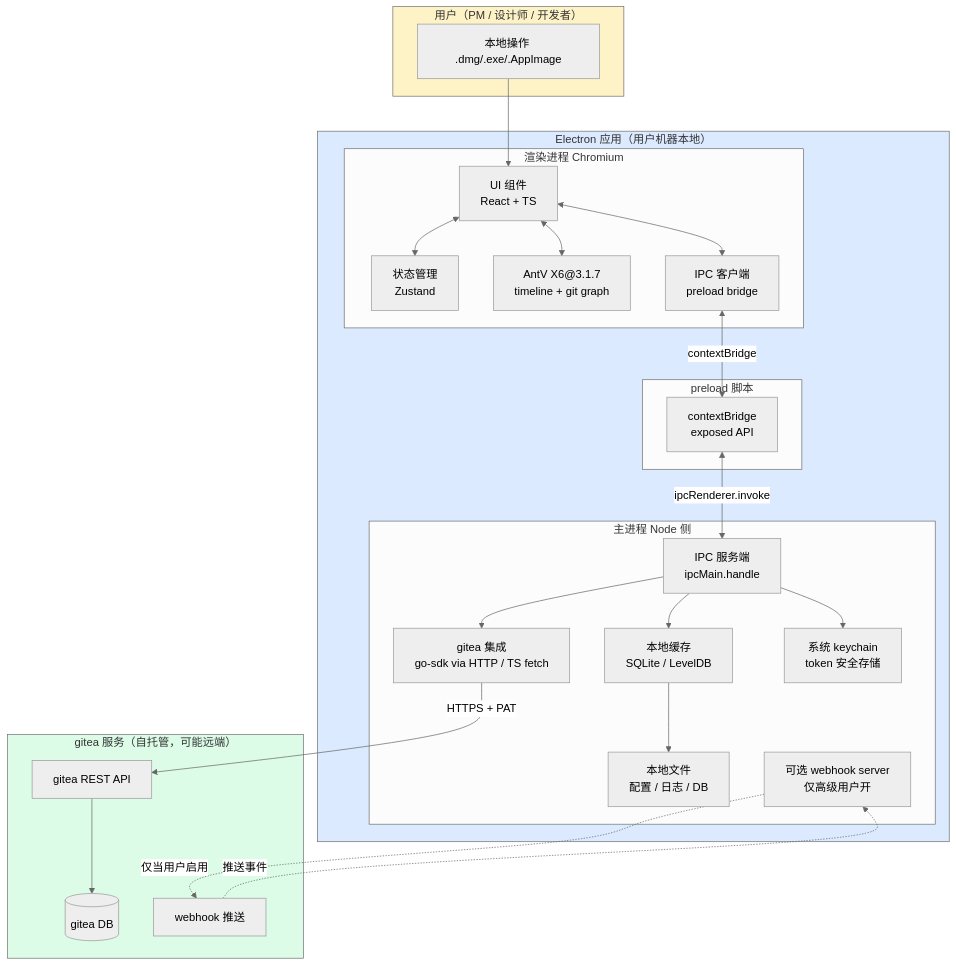
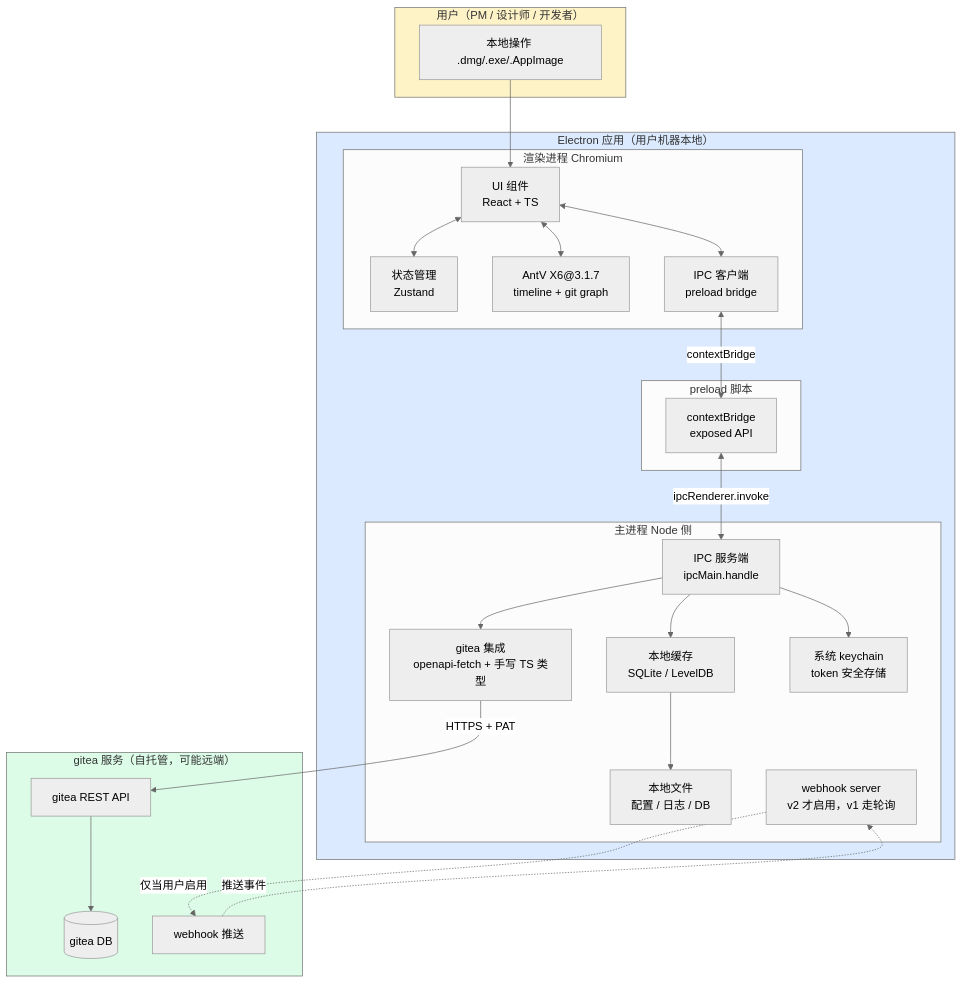
One commit to July-X/gitea-kanban changed the first of 4 diagrams in docs/design/02-architecture.md. Above: the diagram before and after it, drawn with Mermaid (neutral theme). The commit also changed other lines of this file and 10 other files, not shown here.

````diff
--- a/docs/design/02-architecture.md
+++ b/docs/design/02-architecture.md
@@ -29,53 +29,53 @@
 ```mermaid
 flowchart TB
     subgraph User["用户（PM / 设计师 / 开发者）"]
         U[本地操作 .dmg/.exe/.AppImage]
     end
 
     subgraph Desktop["Electron 应用（用户机器本地）"]
         subgraph Renderer["渲染进程 Chromium"]
             UI[UI 组件<br/>React + TS]
             Store[状态管理<br/>Zustand]
             X6[AntV X6@3.1.7<br/>timeline + git graph]
             IpcClient[IPC 客户端<br/>preload bridge]
         end
 
         subgraph Preload["preload 脚本"]
             Bridge[contextBridge<br/>exposed API]
         end
 
         subgraph Main["主进程 Node 侧"]
             IpcServer[IPC 服务端<br/>ipcMain.handle]
-            GitOps[gitea 集成<br/>go-sdk via HTTP / TS fetch]
+            GitOps[gitea 集成<br/>openapi-fetch + 手写 TS 类型]
             Cache[本地缓存<br/>SQLite / LevelDB]
             Keychain[系统 keychain<br/>token 安全存储]
             FS[本地文件<br/>配置 / 日志 / DB]
-            OptionalWH[可选 webhook server<br/>仅高级用户开]
+            OptionalWH[webhook server<br/>v2 才启用，v1 走轮询]
         end
     end
 
     subgraph Remote["gitea 服务（自托管，可能远端）"]
         GiteaAPI[gitea REST API]
         GiteaDB[(gitea DB)]
         WH[webhook 推送]
     end
 
     U --> UI
     UI <--> Store
     UI <--> X6
     UI <--> IpcClient
     IpcClient <-->|contextBridge| Bridge
     Bridge <-->|ipcRenderer.invoke| IpcServer
     IpcServer --> GitOps
     IpcServer --> Cache
     IpcServer --> Keychain
     GitOps -->|HTTPS + PAT| GiteaAPI
     Cache --> FS
     OptionalWH -.->|仅当用户启用| WH
     WH -.->|推送事件| OptionalWH
     GiteaAPI --> GiteaDB
 
     style User fill:#fef3c7
     style Desktop fill:#dbeafe
     style Remote fill:#dcfce7
 ```
````
